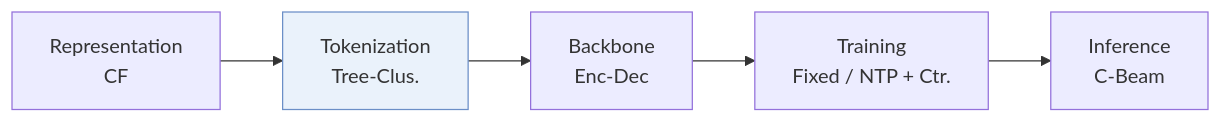
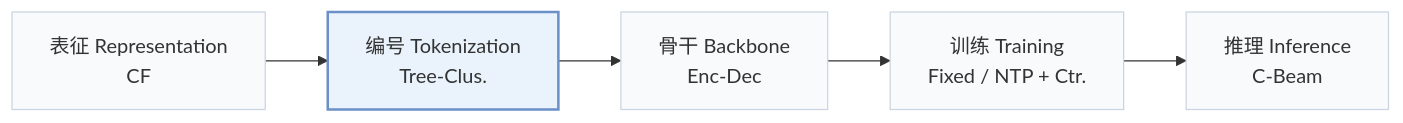
One commit to Galaxy-ghost/Awesome-SID-Generative-Rec changed the first of 2 diagrams in pages/zh/papers/seater.md. Above: the diagram before and after it, drawn with Mermaid. The commit also changed other lines of this file and 649 other files, not shown here.

Commit message:
writer-05: also tags and modality index (schema, check, build, visuals); summary field removed; calibration data for 12 papers

````diff
--- a/pages/zh/papers/seater.md
+++ b/pages/zh/papers/seater.md
@@ -13,6 +15,8 @@
 ```mermaid
 flowchart LR
-    R["Representation<br/>CF"] --> T["Tokenization<br/>Tree-Clus."] --> B["Backbone<br/>Enc-Dec"] --> TR["Training<br/>Fixed / NTP + Ctr."] --> I["Inference<br/>C-Beam"]
-    classDef main fill:#eaf2fb,stroke:#6b8fc7
+    R["表征 Representation<br/>CF"] --> T["编号 Tokenization<br/>Tree-Clus."] --> B["骨干 Backbone<br/>Enc-Dec"] --> TR["训练 Training<br/>Fixed / NTP + Ctr."] --> I["推理 Inference<br/>C-Beam"]
+    classDef base fill:#f8fafc,stroke:#cbd5e1
+    class R,T,B,TR,I base
+    classDef main fill:#eaf2fb,stroke:#6b8fc7,stroke-width:2px
     class T main
 ```
````
